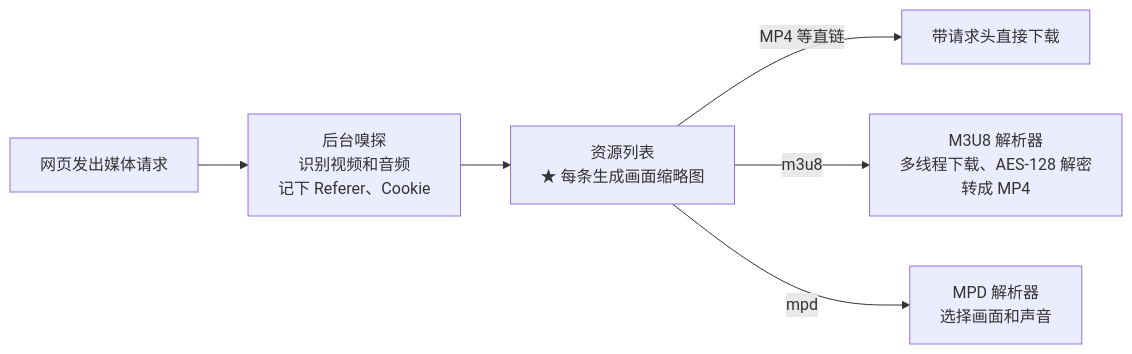
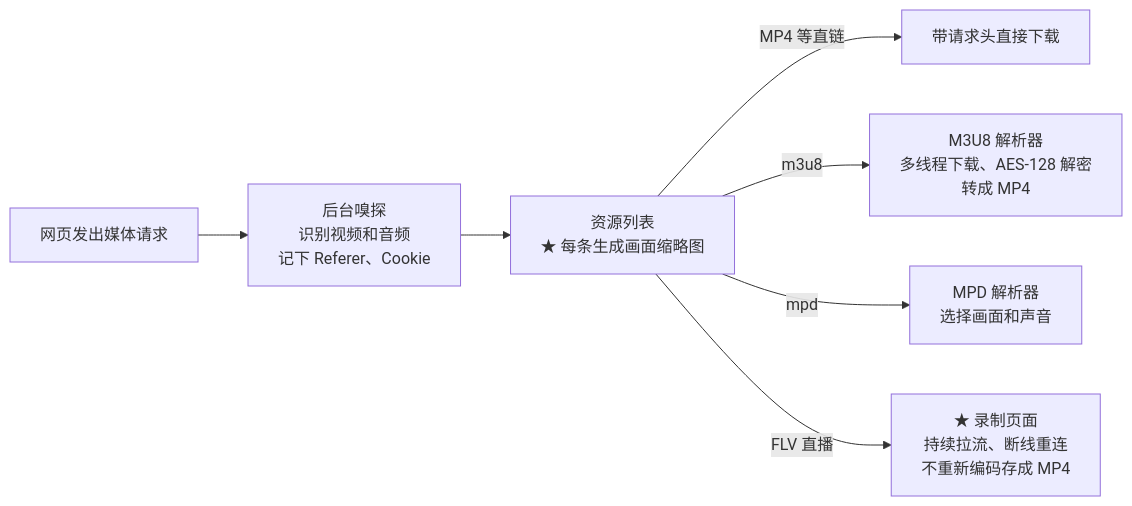
One commit to huangyu741292/video-grabber changed the diagram in README.md. Above: the diagram before and after it, drawn with Mermaid. The commit also changed other lines of this file and 14 other files, not shown here.

````diff
--- a/README.md
+++ b/README.md
@@ -90,8 +92,9 @@
 ```mermaid
 flowchart LR
     A["网页发出媒体请求"] --> B["后台嗅探<br/>识别视频和音频<br/>记下 Referer、Cookie"]
     B --> D["资源列表<br/>★ 每条生成画面缩略图"]
     D -->|"MP4 等直链"| E["带请求头直接下载"]
     D -->|"m3u8"| F["M3U8 解析器<br/>多线程下载、AES-128 解密<br/>转成 MP4"]
     D -->|"mpd"| G["MPD 解析器<br/>选择画面和声音"]
+    D -->|"FLV 直播"| H["★ 录制页面<br/>持续拉流、断线重连<br/>不重新编码存成 MP4"]
 ```
````
